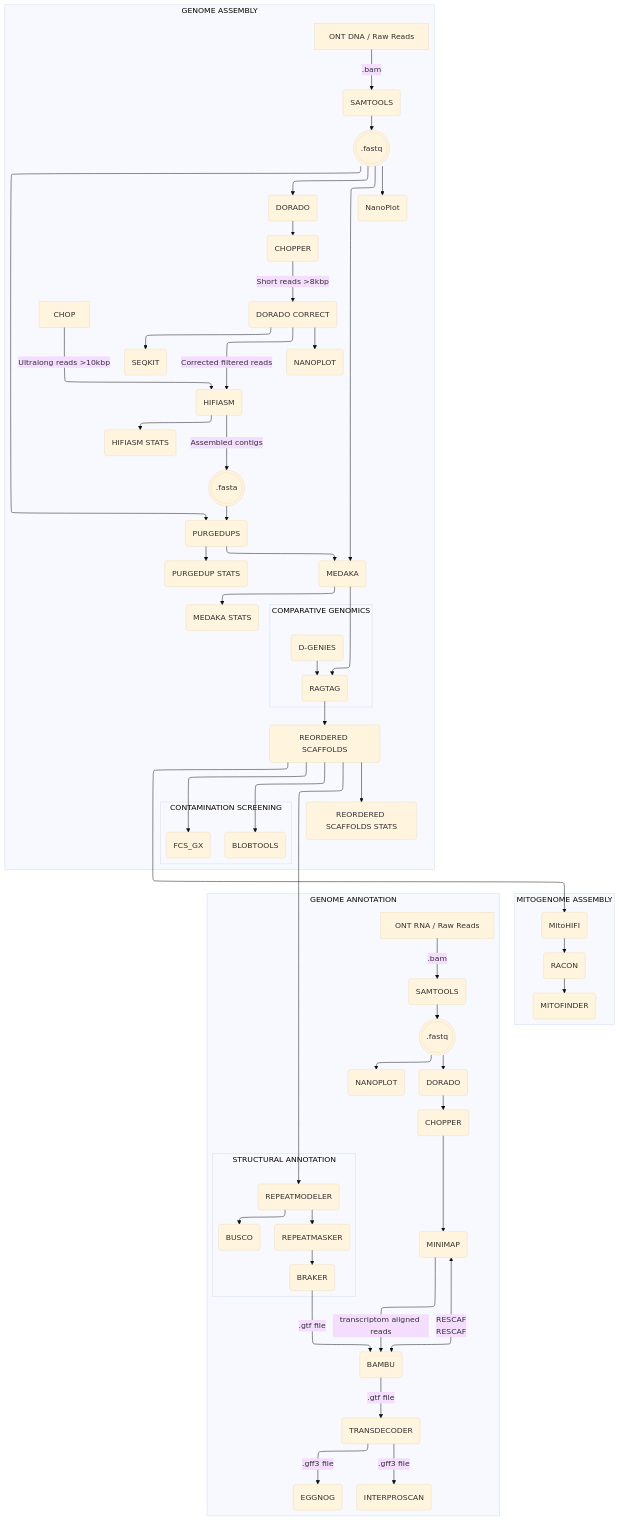
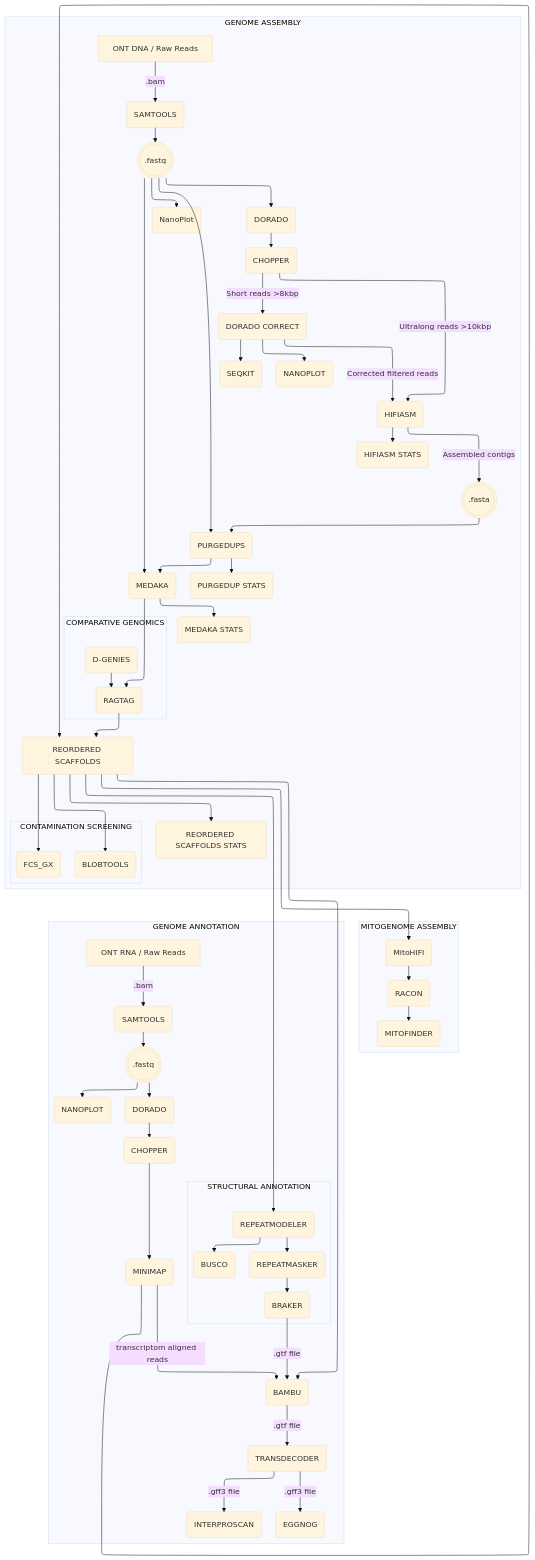
The diagram in README.md (miriam-pierotti/Afiordensis_genome_pipeline), drawn with Mermaid (base theme) before and after one commit. The commit also changed other lines of this file, not shown here.

Commit message:
Fix flowchart syntax and update connections in README.md

````diff
--- a/README.md
+++ b/README.md
@@ -10,72 +10,72 @@
 ```mermaid
-flowchart
 %%{init: {"flowchart": {"defaultRenderer": "elk"}} }%%
+flowchart TB
     subgraph GENOME ASSEMBLY
         direction TB
         ONTDNA[ONT DNA / Raw Reads] -->|.bam| SAM1(SAMTOOLS)
         SAM1 --> FQ1(((.fastq)))
         FQ1 --> DOR1(DORADO)
         FQ1 --> NP1(NanoPlot)
         DOR1 --> CHOP1(CHOPPER)
         CHOP1 --> |Short reads >8kbp| DORCOR(DORADO CORRECT)
         DORCOR ---> |Corrected filtered reads| HIFI(HIFIASM)
         DORCOR --> NP2(NANOPLOT)
         DORCOR --> SEQKIT(SEQKIT)
-        CHOP --> |Ultralong reads >10kbp| HIFI(HIFIASM)
+        CHOP1 --> |Ultralong reads >10kbp| HIFI(HIFIASM)
         HIFI --> HIFISTAT(HIFIASM STATS)
         HIFI --> |Assembled contigs| FASTA(((.fasta)))
         FASTA --> PURDUP(PURGEDUPS)
         FQ1 --> PURDUP
         PURDUP ---> MED(MEDAKA)
         PURDUP --> PURDUPSTATS(PURGEDUP STATS)
         FQ1 --> MED
         MED --> MEDSTATS(MEDAKA STATS)
         MED ---> RTTG(RAGTAG)
 
         subgraph COMPARATIVE GENOMICS
             DGEN(D-GENIES) --> RTTG
         end
 
         RTTG --> RESCAF(REORDERED SCAFFOLDS)
         RESCAF --> RESCAFSTATS(REORDERED SCAFFOLDS STATS)
         RESCAF --> FCSGX(FCS_GX)
         RESCAF --> BLOBTOOLS(BLOBTOOLS)
 
         subgraph  CONTAMINATION SCREENING
            FCSGX
            BLOBTOOLS 
         end
     end
 
     subgraph MITOGENOME ASSEMBLY
         direction TB
         RESCAF ---> MITHIFI(MitoHIFI)
         MITHIFI --> RAC(RACON)
         RAC --> MITFINDER(MITOFINDER)
     end
 
     subgraph GENOME ANNOTATION
         direction TB
         ONTRNA[ONT RNA / Raw Reads] -->|.bam| SAM2(SAMTOOLS)
         SAM2 --> FQ2(((.fastq)))
         FQ2 --> NP3(NANOPLOT)
         FQ2 --> DOR2(DORADO)
         DOR2 --> CHOP2(CHOPPER)
         CHOP2 --> MINMAP(MINIMAP)
-        MINMAP <-- RESCAF
+        MINMAP --> RESCAF
         RESCAF --> BAMBU(BAMBU)
         
         subgraph STRUCTURAL ANNOTATION
             RESCAF --> REPMOD(REPEATMODELER)
             REPMOD --> BUS(BUSCO)
             REPMOD --> REPMAS(REPEATMASKER)
             REPMAS --> BRAK(BRAKER)
         end
 
         BRAK -->|.gtf file|BAMBU
         MINMAP -->|transcriptom aligned reads|BAMBU
         BAMBU -->|.gtf file|TRANS(TRANSDECODER)
         TRANS -->|.gff3 file|EGG(EGGNOG)
         TRANS -->|.gff3 file|INT(INTERPROSCAN)
     end
 ```
````
